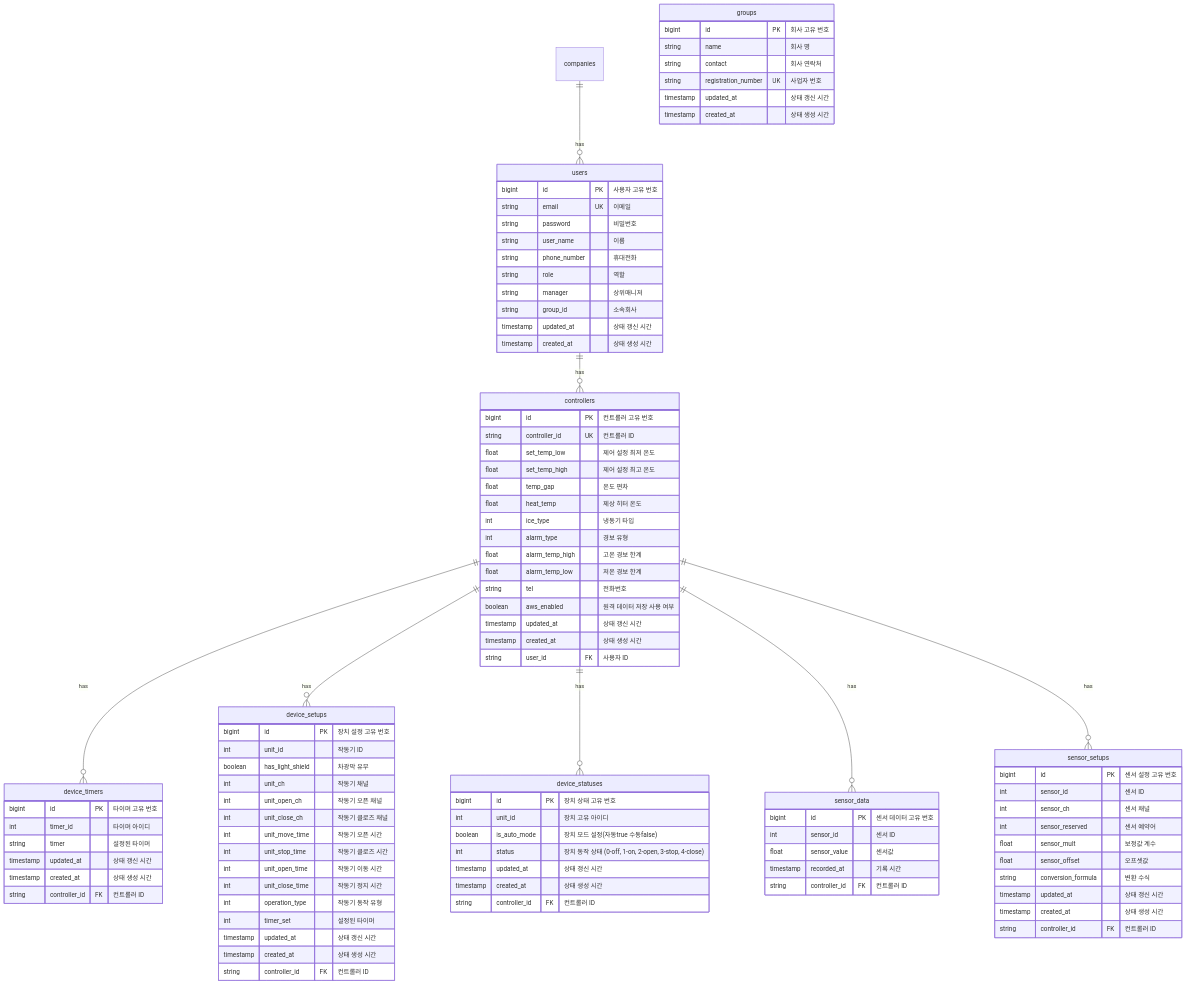
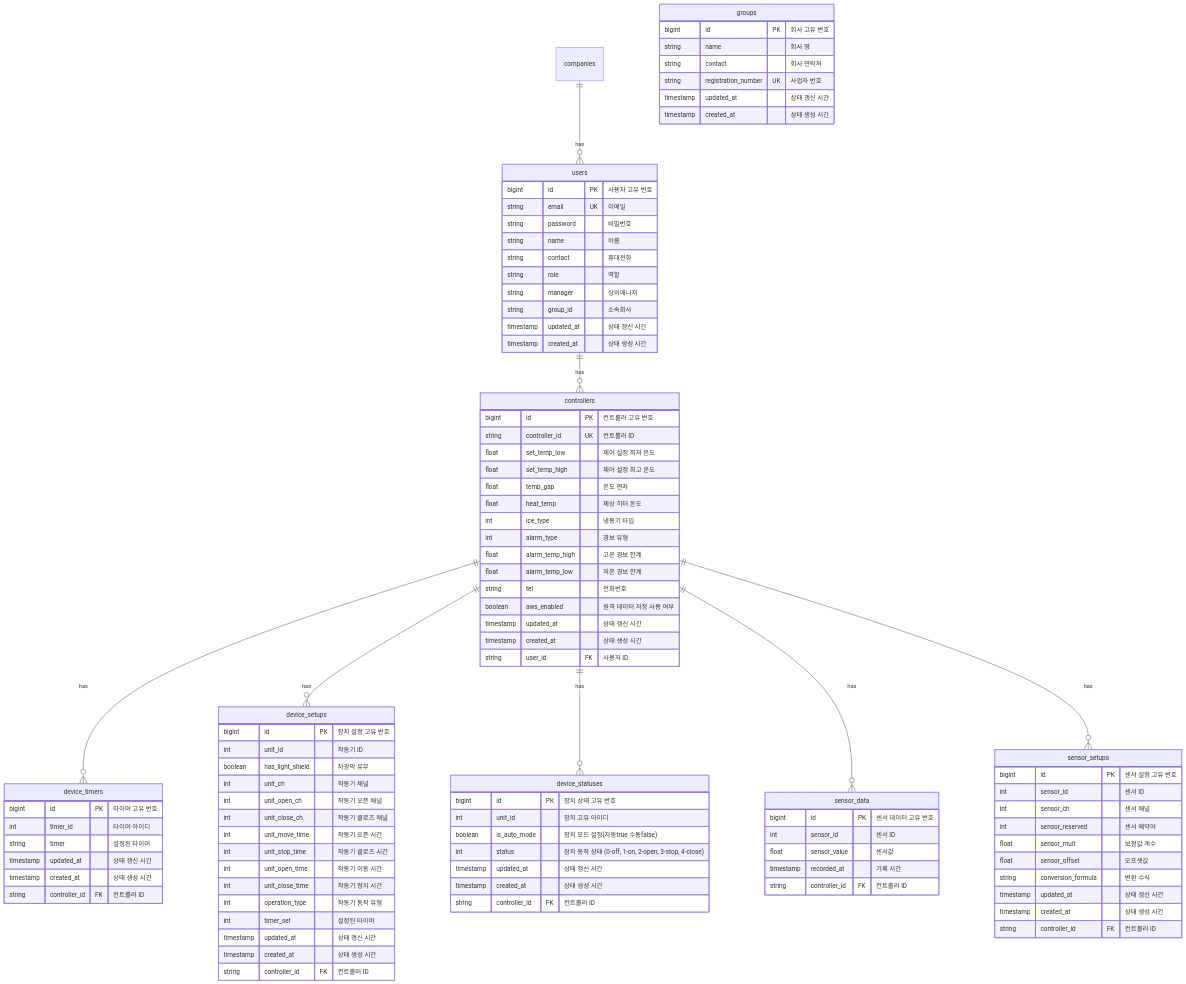
The diagram in src/main/docs/database_design.md (na03266/smart_farm_back), drawn with Mermaid before and after one commit. The commit also changed 12 other files, not shown here.

```diff
--- a/src/main/docs/database_design.md
+++ b/src/main/docs/database_design.md
@@ -14,8 +14,8 @@
         bigint id PK "사용자 고유 번호"
         string email UK "이메일"
         string password "비밀번호"
-        string user_name "이름"
-        string phone_number "휴대전화"
+        string name "이름"
+        string contact "휴대전화"
         string role "역할"
         string manager "상위매니저"
         string group_id "소속회사"
```
